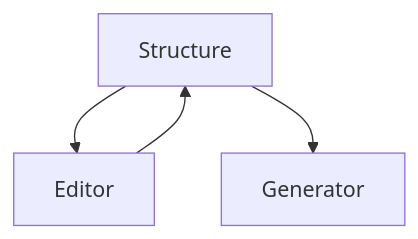
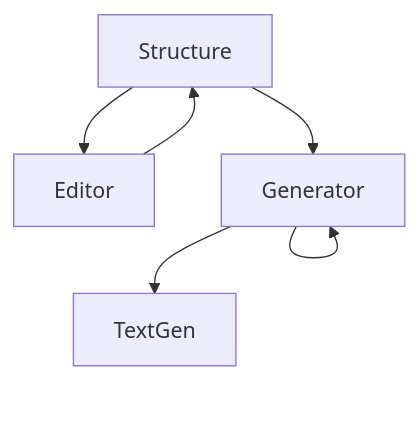
The diagram in paper/assets/img/diagrams/mps.mmd (NikBenson/BAT), drawn with Mermaid before and after one commit. The commit also changed 7 other files, not shown here.

```diff
--- a/paper/assets/img/diagrams/mps.mmd
+++ b/paper/assets/img/diagrams/mps.mmd
@@ -1,4 +1,6 @@
 flowchart TD
     Structure --> Editor
     Editor --> Structure
     Structure --> Generator
+    Generator --> Generator
+    Generator --> TextGen
```
